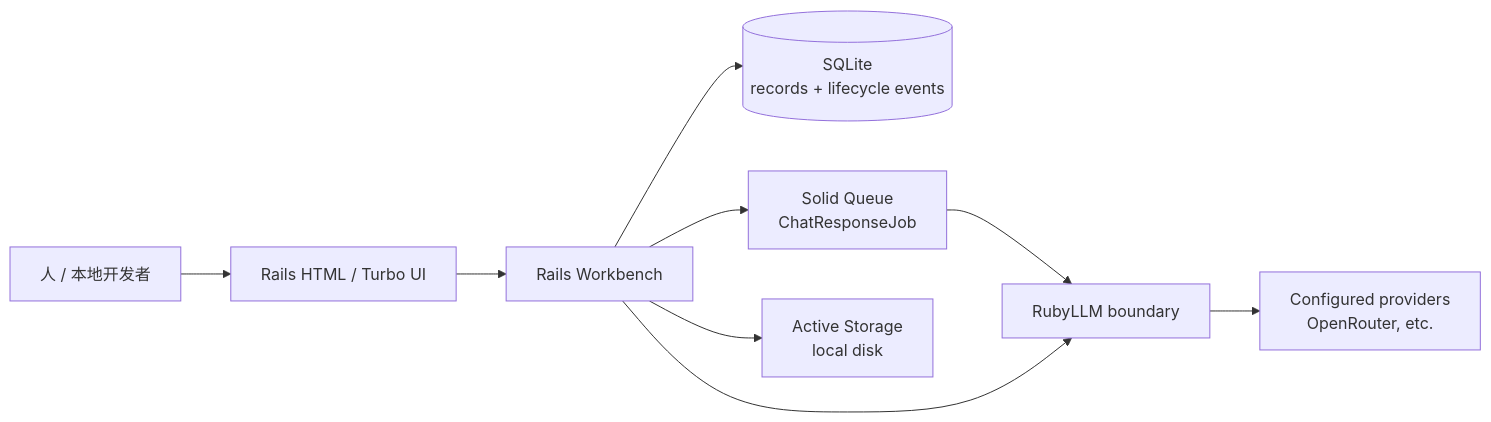
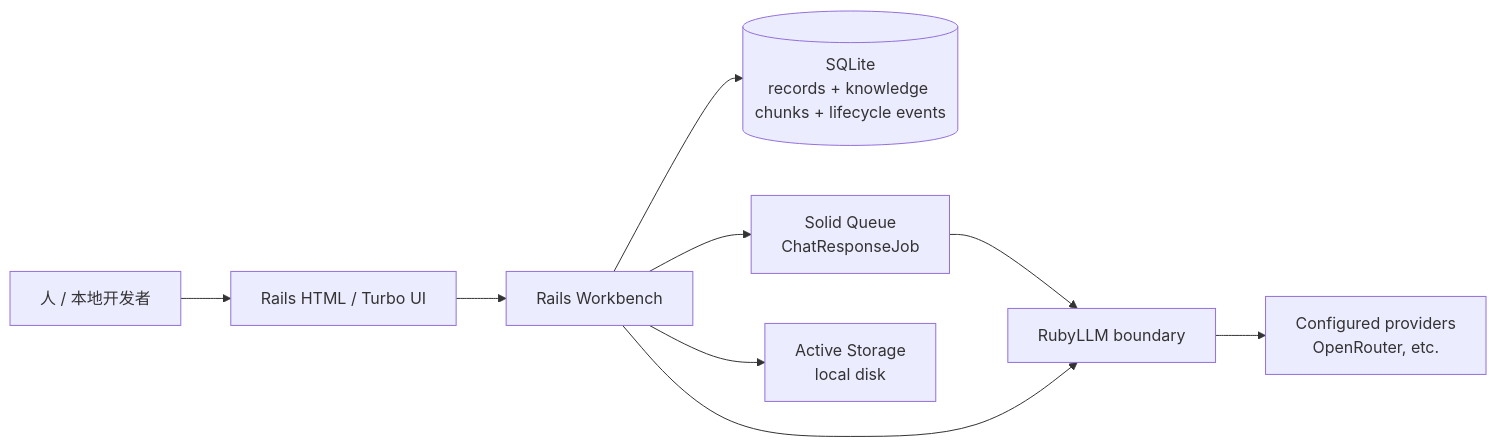
The first of 10 diagrams in docs/ARCHITECTURE.md (yorzi/rubyllm-workbench), drawn with Mermaid before and after one commit. The commit also changed other lines of this file and 29 other files, not shown here.

````diff
--- a/docs/ARCHITECTURE.md
+++ b/docs/ARCHITECTURE.md
@@ -29,11 +29,11 @@
 ```mermaid
 flowchart LR
     Human["人 / 本地开发者"] --> UI["Rails HTML / Turbo UI"]
     UI --> App["Rails Workbench"]
-    App --> DB[("SQLite\nrecords + lifecycle events")]
+    App --> DB[("SQLite\nrecords + knowledge chunks + lifecycle events")]
     App --> Queue["Solid Queue\nChatResponseJob"]
     Queue --> RubyLLM["RubyLLM boundary"]
     App --> RubyLLM
     RubyLLM --> Providers["Configured providers\nOpenRouter, etc."]
     App --> Blobs["Active Storage\nlocal disk"]
 ```
````
